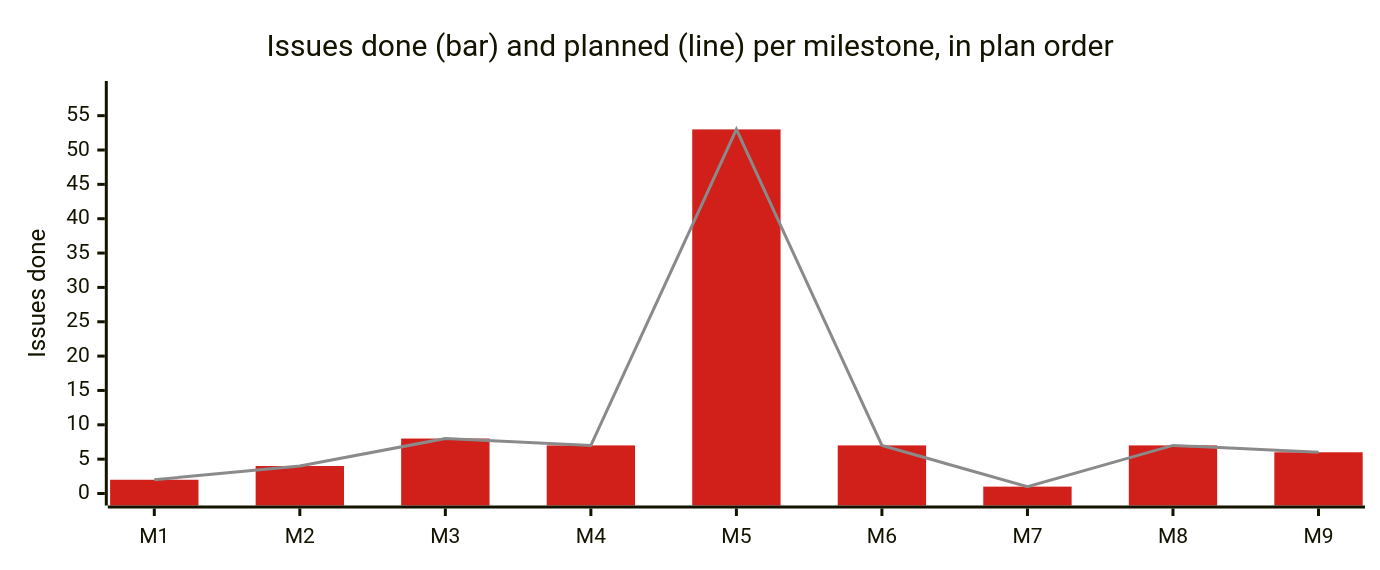
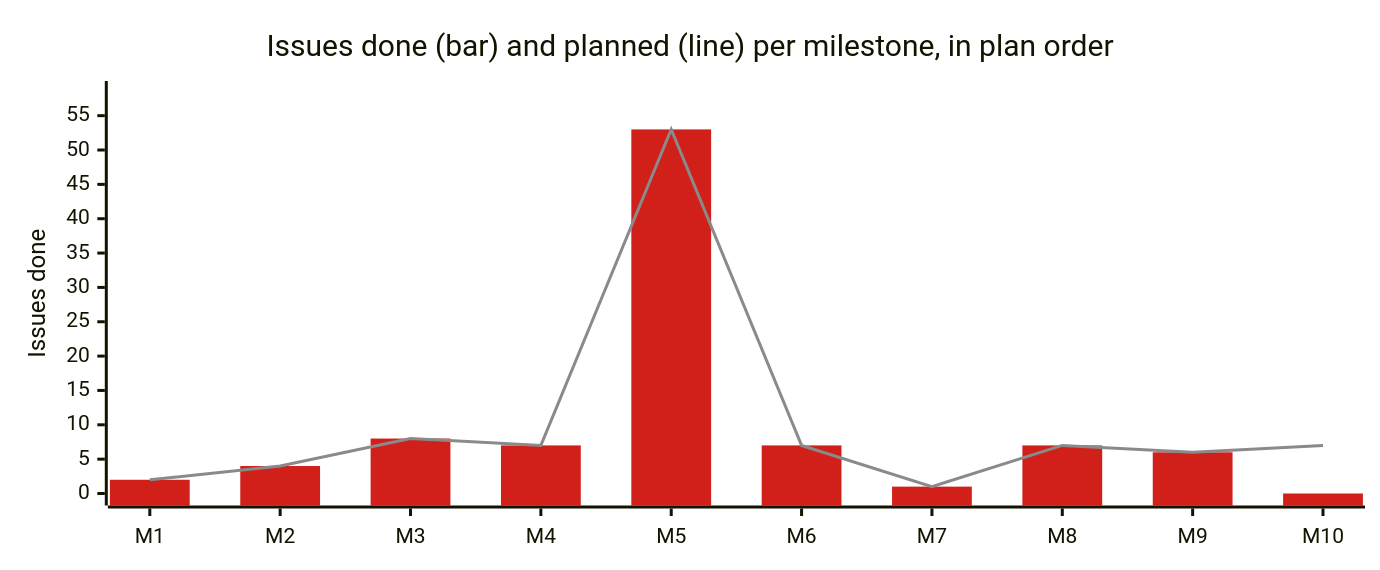
Before and after one commit to korczis/OpenTTD: the diagram in .ai/repo/project/README.md, drawn with Mermaid. The commit also changed other lines of this file and 11 other files, not shown here.

````diff
--- a/.ai/repo/project/README.md
+++ b/.ai/repo/project/README.md
@@ -61,19 +62,19 @@
 ```mermaid
 ---
 config:
   xyChart:
     width: 900
     height: 360
   themeVariables:
     xyChart:
       plotColorPalette: "#d11f1a, #8a8a8a, #0b0b0b, #ece4d6"
 ---
 xychart-beta
     title "Issues done (bar) and planned (line) per milestone, in plan order"
-    x-axis ["M1", "M2", "M3", "M4", "M5", "M6", "M7", "M8", "M9"]
+    x-axis ["M1", "M2", "M3", "M4", "M5", "M6", "M7", "M8", "M9", "M10"]
     %% series: Issues done | Issues planned
-    %% links: milestones/the-fork-is-a-governed-research-target.yaml | milestones/a-change-is-validated-in-cost-tiers.yaml | milestones/internals-are-observable-with-recorded-provenance.yaml | milestones/prismatic-steers-a-company-through-the-bridge.yaml | milestones/an-agent-reaches-the-game-over-mcp.yaml | milestones/the-fork-is-published-supervised-and-current.yaml | milestones/the-game-wears-the-owners-noir-style.yaml | milestones/planning-is-generated-from-recorded-history.yaml | milestones/rhai-is-a-live-ide.yaml
+    %% links: milestones/the-fork-is-a-governed-research-target.yaml | milestones/a-change-is-validated-in-cost-tiers.yaml | milestones/internals-are-observable-with-recorded-provenance.yaml | milestones/prismatic-steers-a-company-through-the-bridge.yaml | milestones/an-agent-reaches-the-game-over-mcp.yaml | milestones/the-fork-is-published-supervised-and-current.yaml | milestones/the-game-wears-the-owners-noir-style.yaml | milestones/planning-is-generated-from-recorded-history.yaml | milestones/rhai-is-a-live-ide.yaml | milestones/records-and-status-tell-the-truth.yaml
     y-axis "Issues done" 0 --> 58.3
-    bar [2, 4, 8, 7, 53, 7, 1, 7, 6]
-    line [2, 4, 8, 7, 53, 7, 1, 7, 6]
+    bar [2, 4, 8, 7, 53, 7, 1, 7, 6, 0]
+    line [2, 4, 8, 7, 53, 7, 1, 7, 6, 7]
 ```
````
